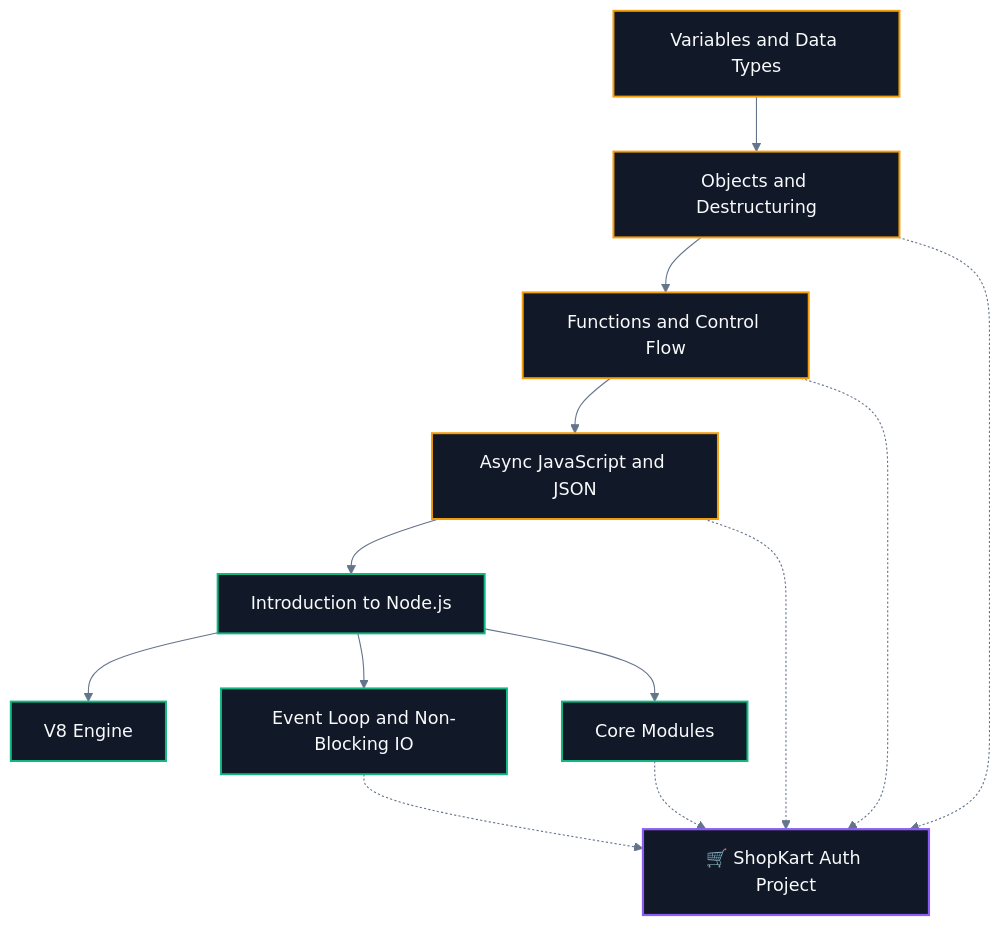
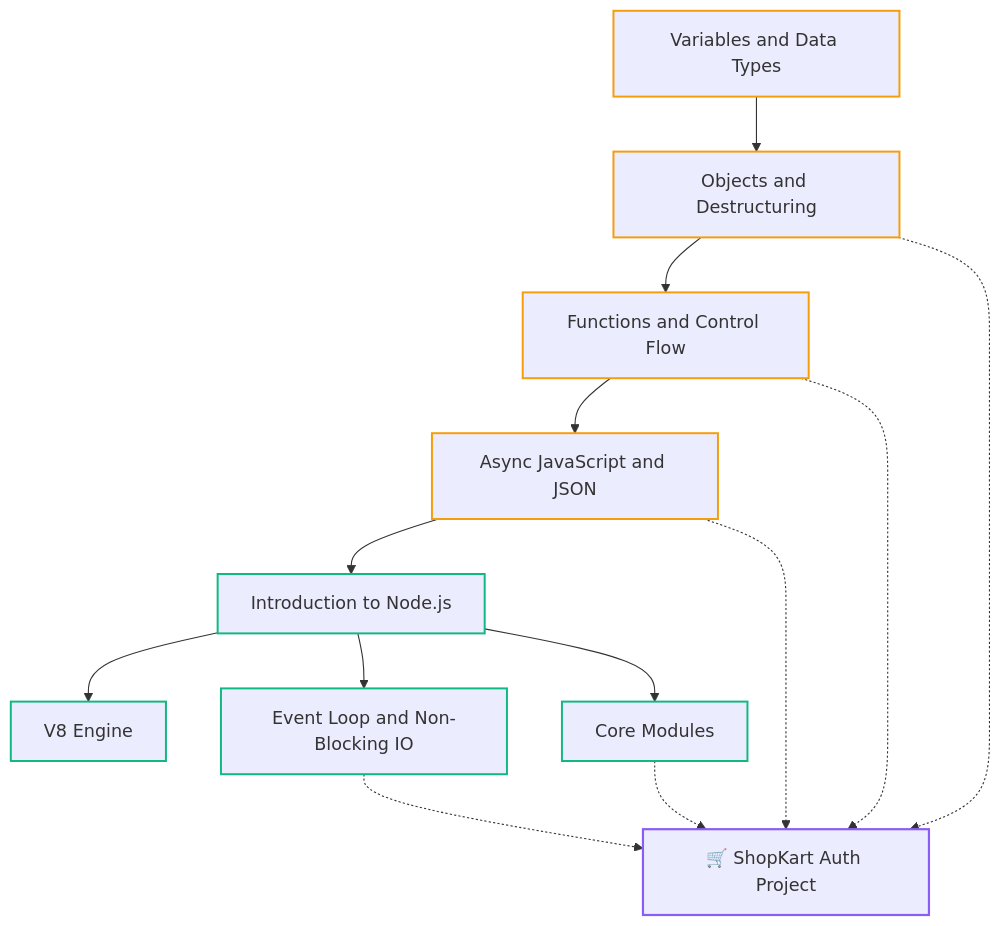
One commit to abhinavbharti2345/CS_Notes changed the second of 2 diagrams in CS/WebDev/Backend/00. Backend Nexus.md. Above: the diagram before and after it, drawn with Mermaid. The commit also changed other lines of this file and 91 other files, not shown here.

````diff
--- a/CS/WebDev/Backend/00. Backend Nexus.md
+++ b/CS/WebDev/Backend/00. Backend Nexus.md
@@ -72,25 +71,24 @@
 ```mermaid
-%%{init: {'theme': 'base', 'themeVariables': { 'darkMode': true, 'background': '#0B0F14', 'mainBkg': '#111827', 'primaryColor': '#111827', 'primaryTextColor': '#F8FAFC', 'primaryBorderColor': '#38BDF8', 'lineColor': '#64748B', 'secondaryColor': '#0B0F14', 'tertiaryColor': '#0B0F14', 'clusterBkg': '#0B0F14', 'clusterBorder': '#38BDF8' }}}%%
 flowchart TD
     V["Variables and Data Types"] --> O["Objects and Destructuring"]
     O --> F["Functions and Control Flow"]
     F --> A["Async JavaScript and JSON"]
     
     A --> N["Introduction to Node.js"]
     N --> V8["V8 Engine"]
     N --> EL["Event Loop and Non-Blocking IO"]
     N --> CM["Core Modules"]
 
     O -.-> SK["🛒 ShopKart Auth Project"]
     F -.-> SK
     A -.-> SK
     EL -.-> SK
     CM -.-> SK
 
-    classDef js fill:#111827,stroke:#f59e0b,stroke-width:1.8px,color:#F8FAFC;
-    classDef node fill:#111827,stroke:#10b981,stroke-width:1.8px,color:#F8FAFC;
-    classDef proj fill:#111827,stroke:#8b5cf6,stroke-width:2px,color:#F8FAFC;
+    classDef js stroke:#f59e0b,stroke-width:1.8px;
+    classDef node stroke:#10b981,stroke-width:1.8px;
+    classDef proj stroke:#8b5cf6,stroke-width:2px;
     class V,O,F,A js;
     class N,V8,EL,CM node;
     class SK proj;
 ```
````
